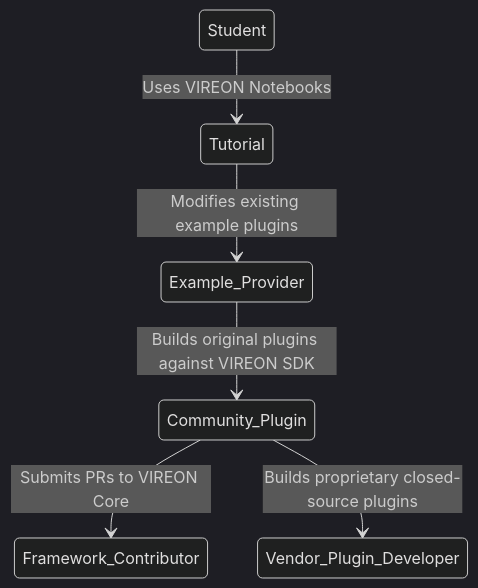
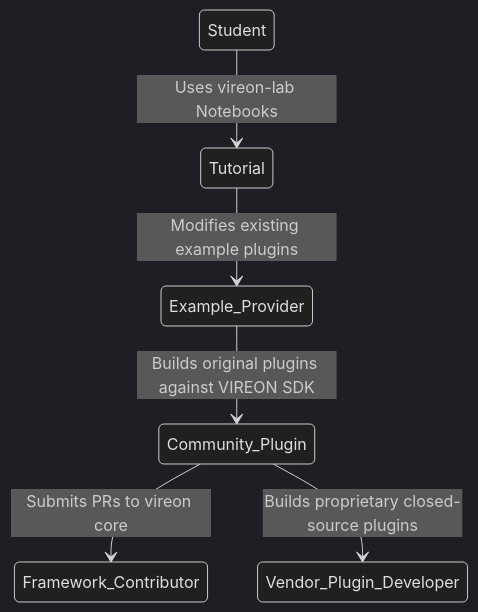
One commit to SaadiMalik1/Vireon changed the second of 2 diagrams in docs/architecture/ECOSYSTEM.md. Above: the diagram before and after it, drawn with Mermaid (dark theme). The commit also changed other lines of this file and 29 other files, not shown here.

Commit message:
docs: overhaul documentation and prune legacy architecture docs

````diff
--- a/docs/architecture/ECOSYSTEM.md
+++ b/docs/architecture/ECOSYSTEM.md
@@ -143,8 +138,8 @@
 ```mermaid
 stateDiagram-v2
-    Student --> Tutorial : Uses VIREON <SUFFIX> Notebooks
+    Student --> Tutorial : Uses vireon-lab Notebooks
     Tutorial --> Example_Provider : Modifies existing example plugins
     Example_Provider --> Community_Plugin : Builds original plugins against VIREON SDK
-    Community_Plugin --> Framework_Contributor : Submits PRs to VIREON Core
+    Community_Plugin --> Framework_Contributor : Submits PRs to vireon core
     Community_Plugin --> Vendor_Plugin_Developer : Builds proprietary closed-source plugins
 ```
````
